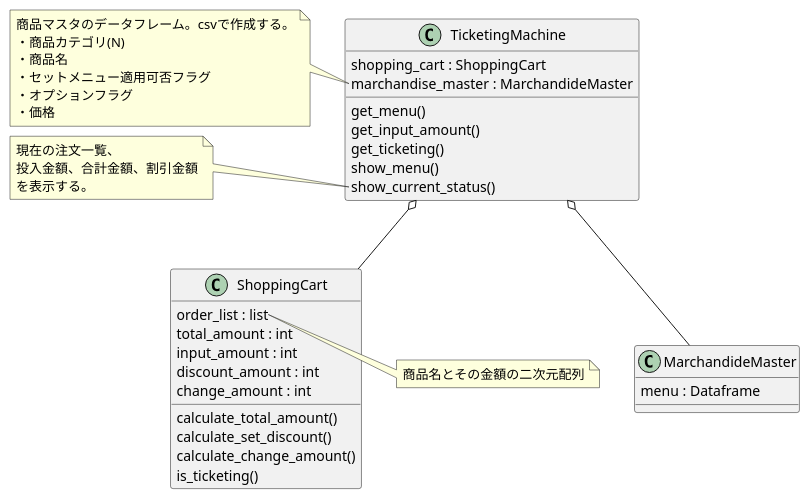
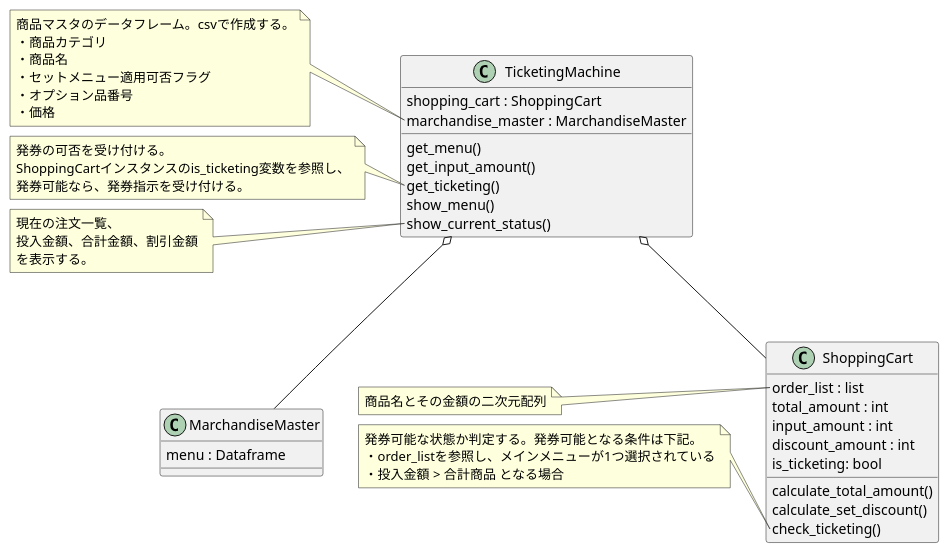
One commit to Design-Practice-Team/design changed the first of 3 diagrams in AP_H31_Spring_PM03/Suzuki/try1/ticket_machine.md. Above: the diagram before and after it, drawn with PlantUML. The commit also changed other lines of this file, not shown here.

Commit message:
シーケンス図の分割、修正

````diff
--- a/AP_H31_Spring_PM03/Suzuki/try1/ticket_machine.md
+++ b/AP_H31_Spring_PM03/Suzuki/try1/ticket_machine.md
@@ -18,52 +37,63 @@
 ```plantuml
 @startuml
 TicketingMachine o-- ShoppingCart
-TicketingMachine o-- MarchandideMaster
+TicketingMachine o-- MarchandiseMaster
 
 class TicketingMachine {
     shopping_cart : ShoppingCart
-    marchandise_master : MarchandideMaster
+    marchandise_master : MarchandiseMaster
     get_menu()
     get_input_amount()
     get_ticketing()
     show_menu()
     show_current_status()
 }
 
 note left of TicketingMachine::marchandise_master
     商品マスタのデータフレーム。csvで作成する。
-    ・商品カテゴリ(N)
+    ・商品カテゴリ
     ・商品名
     ・セットメニュー適用可否フラグ
-    ・オプションフラグ
+    ・オプション品番号
     ・価格
-endnote
+end note
+
+note left of TicketingMachine::get_ticketing
+    発券の可否を受け付ける。
+    ShoppingCartインスタンスのis_ticketing変数を参照し、
+    発券可能なら、発券指示を受け付ける。
+end note
 
 note left of TicketingMachine::show_current_status()
     現在の注文一覧、
     投入金額、合計金額、割引金額
     を表示する。
-endnote
+end note
 
 class ShoppingCart {
     order_list : list
     total_amount : int
     input_amount : int
     discount_amount : int
-    change_amount : int
+    is_ticketing: bool
     calculate_total_amount()
     calculate_set_discount()
-    calculate_change_amount()
-    is_ticketing()
+    check_ticketing()
 }
 
-note right of ShoppingCart::order_list
+note left of ShoppingCart::order_list
     商品名とその金額の二次元配列
-endnote
+end note
 
-class MarchandideMaster {
+note left of ShoppingCart::check_ticketing()
+    発券可能な状態か判定する。発券可能となる条件は下記。
+    ・order_listを参照し、メインメニューが1つ選択されている
+    ・投入金額 > 合計商品 となる場合
+end note
+
+class MarchandiseMaster {
     menu : Dataframe
 }
 
 @enduml
 ```
````
